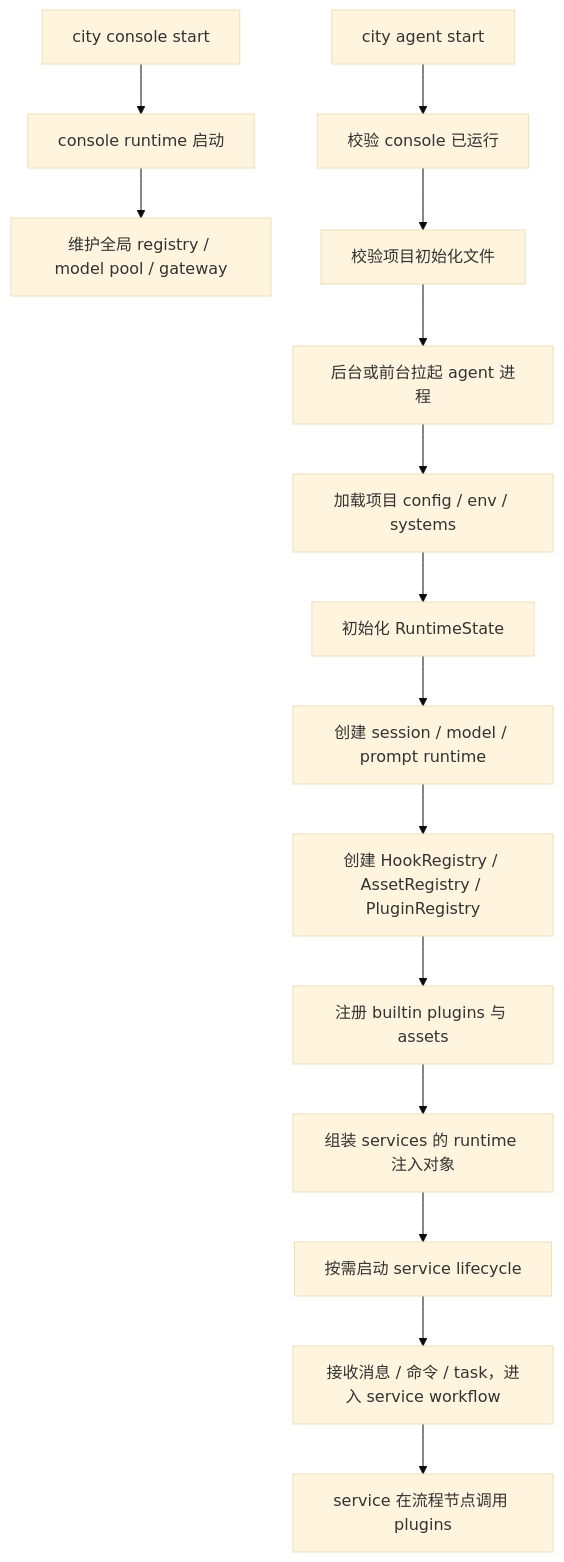
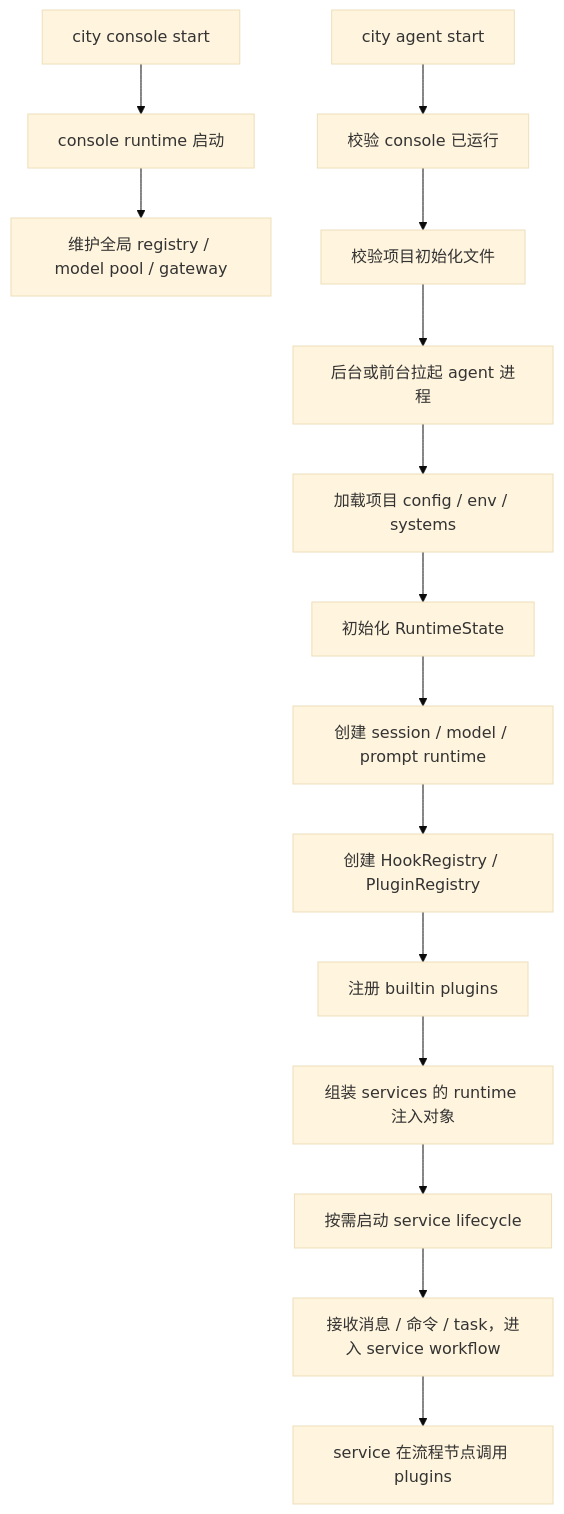
Before and after one commit to wangenius/downcity: the second of 6 diagrams in homepage/content/devdocs/zh/package/runtime-and-services.mdx, drawn with Mermaid (base theme). The commit also changed other lines of this file and 92 other files, not shown here.

````diff
--- a/homepage/content/devdocs/zh/package/runtime-and-services.mdx
+++ b/homepage/content/devdocs/zh/package/runtime-and-services.mdx
@@ -93,18 +91,18 @@
 ```mermaid
 flowchart TD
   A["city console start"] --> B["console runtime 启动"]
   B --> C["维护全局 registry / model pool / gateway"]
 
   D["city agent start <project>"] --> E["校验 console 已运行"]
   E --> F["校验项目初始化文件"]
   F --> G["后台或前台拉起 agent 进程"]
   G --> H["加载项目 config / env / systems"]
   H --> I["初始化 RuntimeState"]
   I --> J["创建 session / model / prompt runtime"]
-  J --> K["创建 HookRegistry / AssetRegistry / PluginRegistry"]
-  K --> L["注册 builtin plugins 与 assets"]
+  J --> K["创建 HookRegistry / PluginRegistry"]
+  K --> L["注册 builtin plugins"]
   L --> M["组装 services 的 runtime 注入对象"]
   M --> N["按需启动 service lifecycle"]
   N --> O["接收消息 / 命令 / task，进入 service workflow"]
   O --> P["service 在流程节点调用 plugins"]
 ```
````
